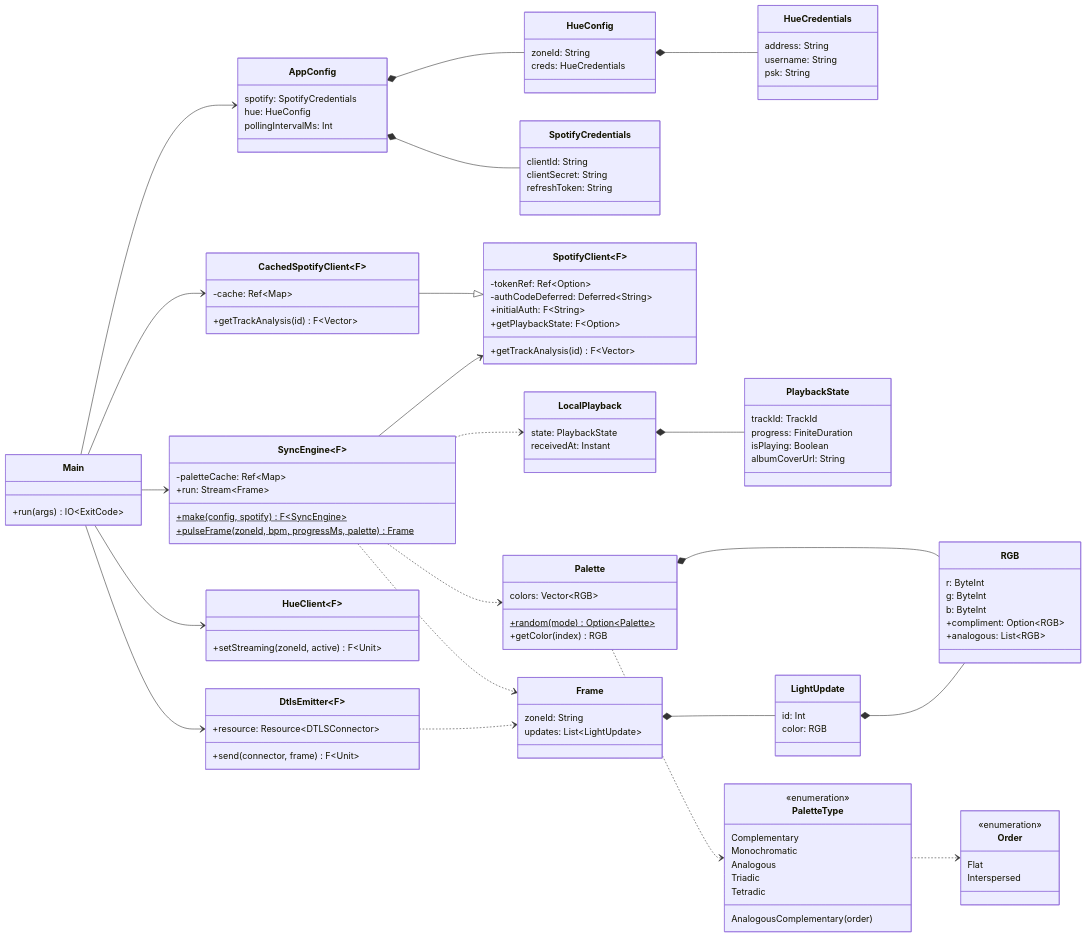
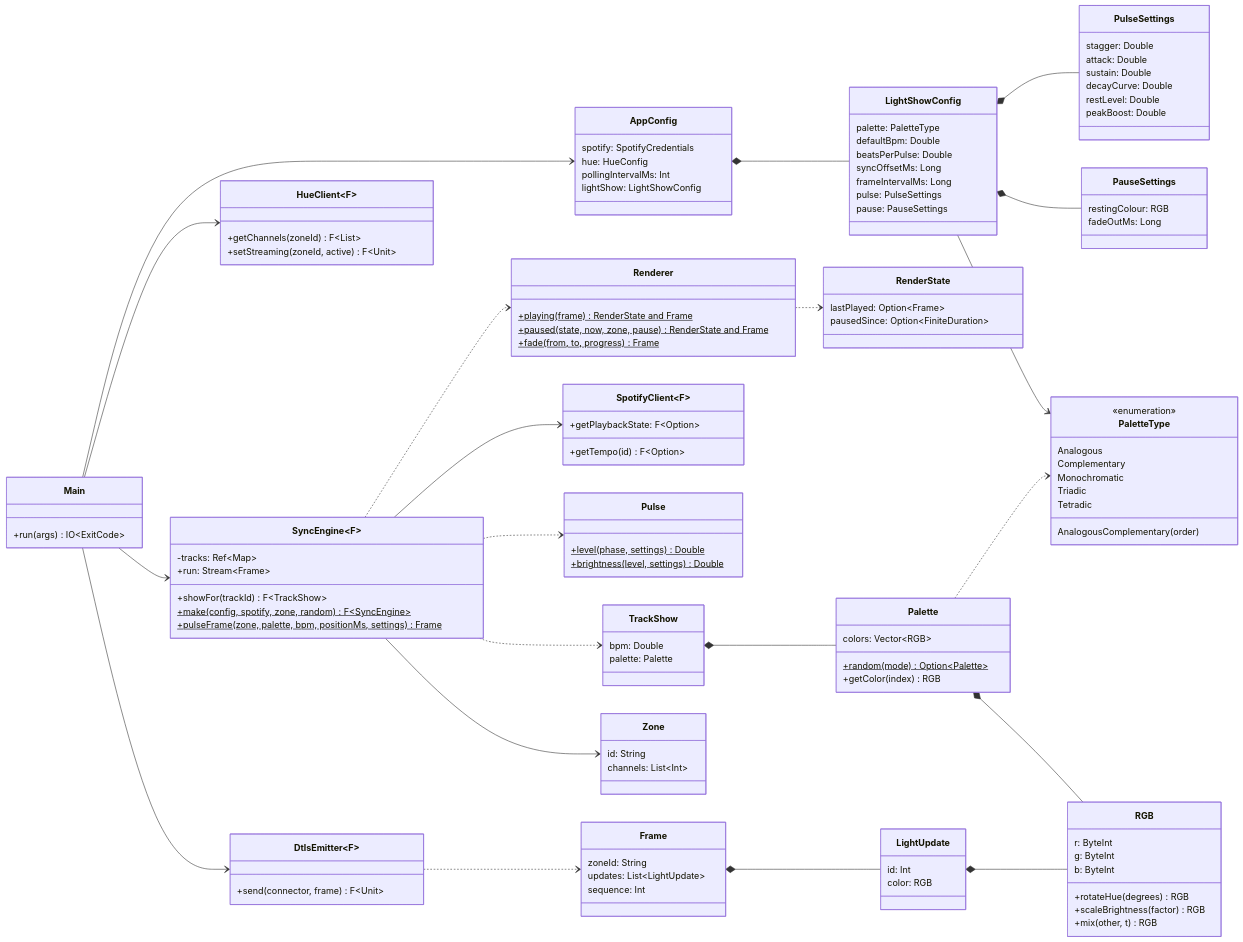
Before and after one commit to LorenzoPrinsloo/spotify-hue-sync: the second of 3 diagrams in docs/architecture.md, drawn with Mermaid. The commit also changed other lines of this file and 12 other files, not shown here.

Commit message:
Document the new light-show features and configuration

```diff
--- a/docs/architecture.md
+++ b/docs/architecture.md
@@ -62,58 +64,66 @@
         spotify: SpotifyCredentials
         hue: HueConfig
         pollingIntervalMs: Int
+        lightShow: LightShowConfig
     }
-    class HueConfig {
-        zoneId: String
-        creds: HueCredentials
+    class LightShowConfig {
+        palette: PaletteType
+        defaultBpm: Double
+        beatsPerPulse: Double
+        syncOffsetMs: Long
+        frameIntervalMs: Long
+        pulse: PulseSettings
+        pause: PauseSettings
     }
-    class HueCredentials {
-        address: String
-        username: String
-        psk: String
+    class PulseSettings {
+        stagger: Double
+        attack: Double
+        sustain: Double
+        decayCurve: Double
+        restLevel: Double
+        peakBoost: Double
     }
-    class SpotifyCredentials {
-        clientId: String
-        clientSecret: String
-        refreshToken: String
+    class PauseSettings {
+        restingColour: RGB
+        fadeOutMs: Long
     }
 
     class SyncEngine~F~ {
-        -paletteCache: Ref~Map~
+        -tracks: Ref~Map~
         +run: Stream~Frame~
-        +make(config, spotify)$ F~SyncEngine~
-        +pulseFrame(zoneId, bpm, progressMs, palette)$ Frame
+        +showFor(trackId) F~TrackShow~
+        +make(config, spotify, zone, random)$ F~SyncEngine~
+        +pulseFrame(zone, palette, bpm, positionMs, settings)$ Frame
+    }
+    class TrackShow {
+        bpm: Double
+        palette: Palette
     }
 
     class SpotifyClient~F~ {
-        -tokenRef: Ref~Option~
-        -authCodeDeferred: Deferred~String~
-        +initialAuth: F~String~
         +getPlaybackState: F~Option~
-        +getTrackAnalysis(id) F~Vector~
+        +getTempo(id) F~Option~
     }
-    class CachedSpotifyClient~F~ {
-        -cache: Ref~Map~
-        +getTrackAnalysis(id) F~Vector~
-    }
-
     class HueClient~F~ {
+        +getChannels(zoneId) F~List~
         +setStreaming(zoneId, active) F~Unit~
     }
     class DtlsEmitter~F~ {
-        +resource: Resource~DTLSConnector~
         +send(connector, frame) F~Unit~
     }
 
-    class PlaybackState {
-        trackId: TrackId
-        progress: FiniteDuration
-        isPlaying: Boolean
-        albumCoverUrl: String
+    class Pulse {
+        +level(phase, settings)$ Double
+        +brightness(level, settings)$ Double
     }
-    class LocalPlayback {
-        state: PlaybackState
-        receivedAt: Instant
+    class Renderer {
+        +playing(frame)$ RenderState and Frame
+        +paused(state, now, zone, pause)$ RenderState and Frame
+        +fade(from, to, progress)$ Frame
+    }
+    class RenderState {
+        lastPlayed: Option~Frame~
+        pausedSince: Option~FiniteDuration~
     }
 
     class Palette {
@@ -125,27 +135,28 @@
         r: ByteInt
         g: ByteInt
         b: ByteInt
-        +compliment: Option~RGB~
-        +analogous: List~RGB~
+        +rotateHue(degrees) RGB
+        +scaleBrightness(factor) RGB
+        +mix(other, t) RGB
     }
     class PaletteType {
         <<enumeration>>
+        Analogous
         Complementary
         Monochromatic
-        Analogous
         Triadic
         Tetradic
         AnalogousComplementary(order)
     }
-    class Order {
-        <<enumeration>>
-        Flat
-        Interspersed
+
+    class Zone {
+        id: String
+        channels: List~Int~
     }
-
     class Frame {
         zoneId: String
         updates: List~LightUpdate~
+        sequence: Int
     }
     class LightUpdate {
         id: Int
@@ -154,21 +165,21 @@
 
     Main --> AppConfig
     Main --> SyncEngine
-    Main --> CachedSpotifyClient
     Main --> HueClient
     Main --> DtlsEmitter
-    AppConfig *-- HueConfig
-    AppConfig *-- SpotifyCredentials
-    HueConfig *-- HueCredentials
-    CachedSpotifyClient --|> SpotifyClient
+    AppConfig *-- LightShowConfig
+    LightShowConfig *-- PulseSettings
+    LightShowConfig *-- PauseSettings
+    LightShowConfig --> PaletteType
     SyncEngine --> SpotifyClient
-    SyncEngine ..> LocalPlayback
-    SyncEngine ..> Palette
-    SyncEngine ..> Frame
-    LocalPlayback *-- PlaybackState
+    SyncEngine --> Zone
+    SyncEngine ..> TrackShow
+    SyncEngine ..> Pulse
+    SyncEngine ..> Renderer
+    Renderer ..> RenderState
+    TrackShow *-- Palette
     Palette *-- RGB
     Palette ..> PaletteType
-    PaletteType ..> Order
     Frame *-- LightUpdate
     LightUpdate *-- RGB
     DtlsEmitter ..> Frame
```
